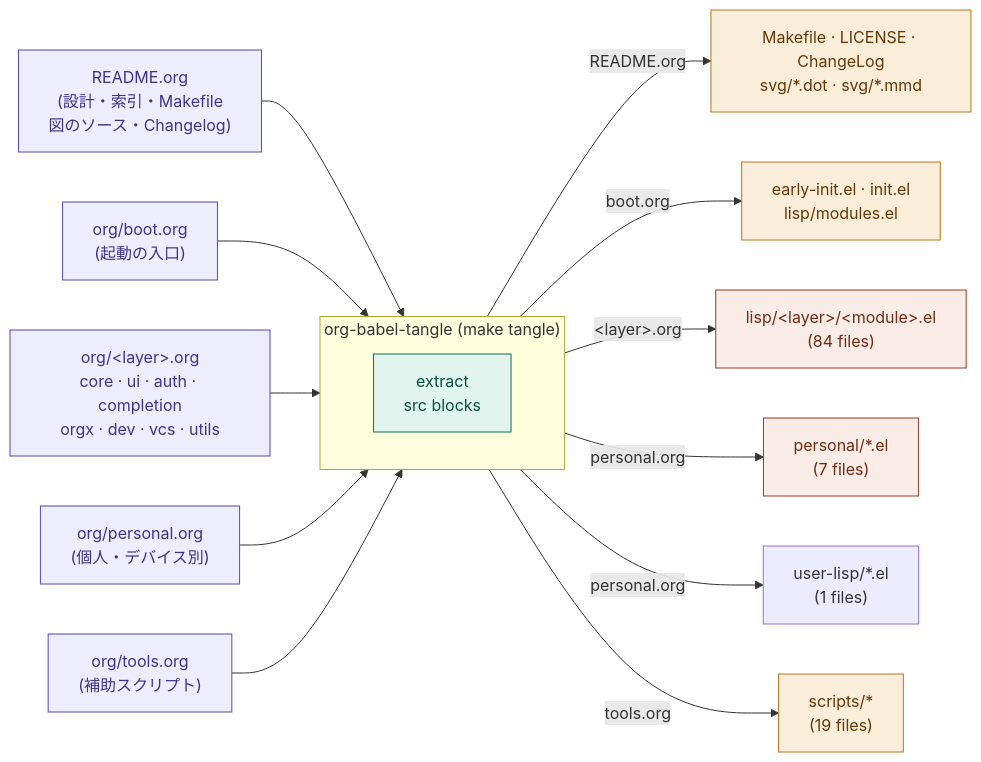
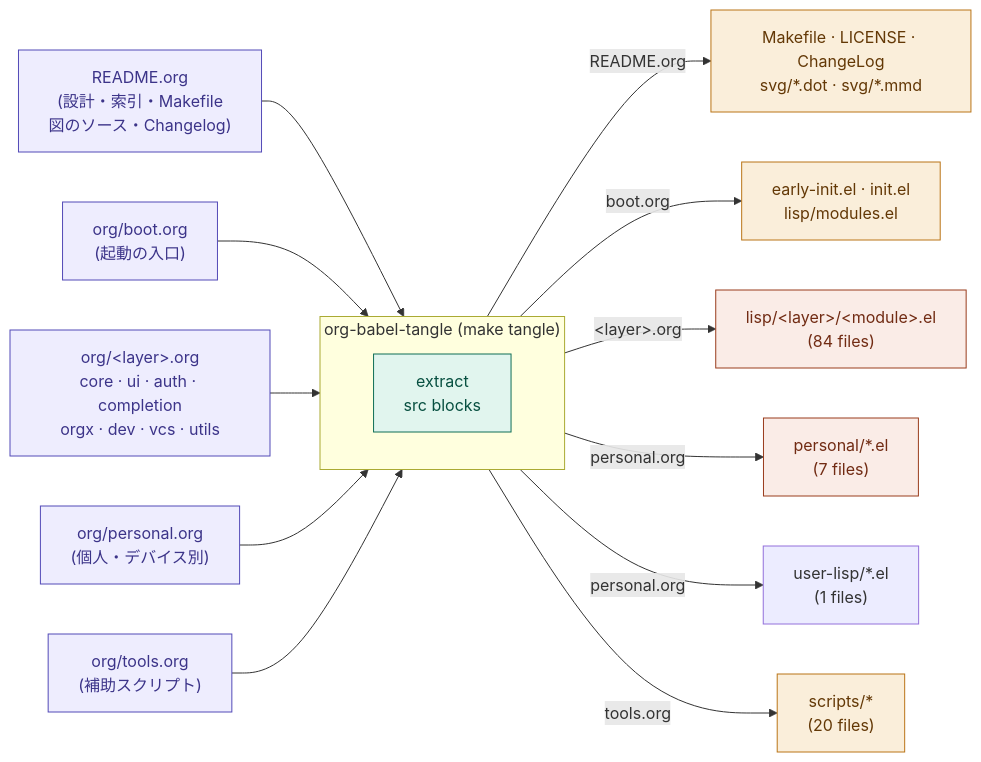
Before and after one commit to ac1965/.emacs.d: the first of 14 diagrams in README.org, drawn with Mermaid. The commit also changed other lines of this file and 2 other files, not shown here.

```diff
--- a/README.org
+++ b/README.org
@@ -1712,42 +1723,42 @@
 #+begin_src mermaid
   flowchart LR
       readme["README.org<br/>(設計・索引・Makefile<br/>図のソース・Changelog)"]
       boot["org/boot.org<br/>(起動の入口)"]
       layers["org/&lt;layer&gt;.org<br/>core · ui · auth · completion<br/>orgx · dev · vcs · utils"]
       pers["org/personal.org<br/>(個人・デバイス別)"]
       tools["org/tools.org<br/>(補助スクリプト)"]
 
       subgraph tangle["org-babel-tangle  (make tangle)"]
           extract["extract<br/>src blocks"]
       end
 
       o1["Makefile · LICENSE · ChangeLog<br/>svg/*.dot · svg/*.mmd"]
       o2["early-init.el · init.el<br/>lisp/modules.el"]
       o3["lisp/&lt;layer&gt;/&lt;module&gt;.el<br/>(84 files)"]
       o4["personal/*.el<br/>(7 files)"]
       o4b["user-lisp/*.el<br/>(1 files)"]
-      o5["scripts/*<br/>(19 files)"]
+      o5["scripts/*<br/>(20 files)"]
 
       readme --> tangle
       boot --> tangle
       layers --> tangle
       pers --> tangle
       tools --> tangle
 
       tangle -->|README.org| o1
       tangle -->|boot.org| o2
       tangle -->|"&lt;layer&gt;.org"| o3
       tangle -->|personal.org| o4
       tangle -->|personal.org| o4b
       tangle -->|tools.org| o5
 
       classDef src fill:#EEEDFE,stroke:#534AB7,color:#3C3489
       classDef tangle fill:#E1F5EE,stroke:#0F6E56,color:#085041
       classDef config fill:#FAEEDA,stroke:#BA7517,color:#633806
       classDef modules fill:#FAECE7,stroke:#993C1D,color:#712B13
 
       class readme,boot,layers,pers,tools src
       class extract tangle
       class o1,o2,o5 config
       class o3,o4 modules
 #+end_src
```
